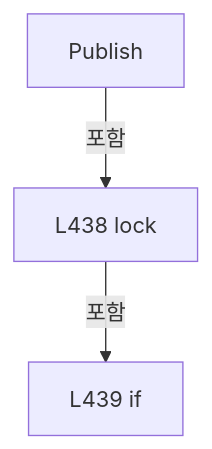
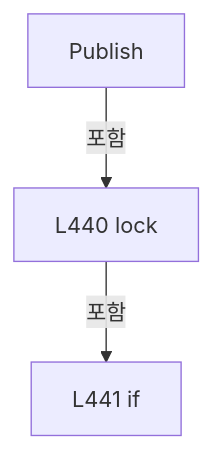
Before and after one commit to kjuws10-rgb/Shared: the tenth of 11 diagrams in A3 LD Code Ref/files/Drilling.Common/Review/CAutoFineReviewCoordinator.cs.md, drawn with Mermaid. The commit also changed other lines of this file and 2071 other files, not shown here.

Commit message:
docs(a3): update 11.19.0 architecture and code reference

````diff
--- a/A3 LD Code Ref/files/Drilling.Common/Review/CAutoFineReviewCoordinator.cs.md
+++ b/A3 LD Code Ref/files/Drilling.Common/Review/CAutoFineReviewCoordinator.cs.md
@@ -2095,8 +2097,8 @@
 ```mermaid
 flowchart TD
  M["Publish"]
- N0["L438 lock"]
+ N0["L440 lock"]
  M -->|포함| N0
- N1["L439 if"]
+ N1["L441 if"]
  N0 -->|포함| N1
 ```
````
